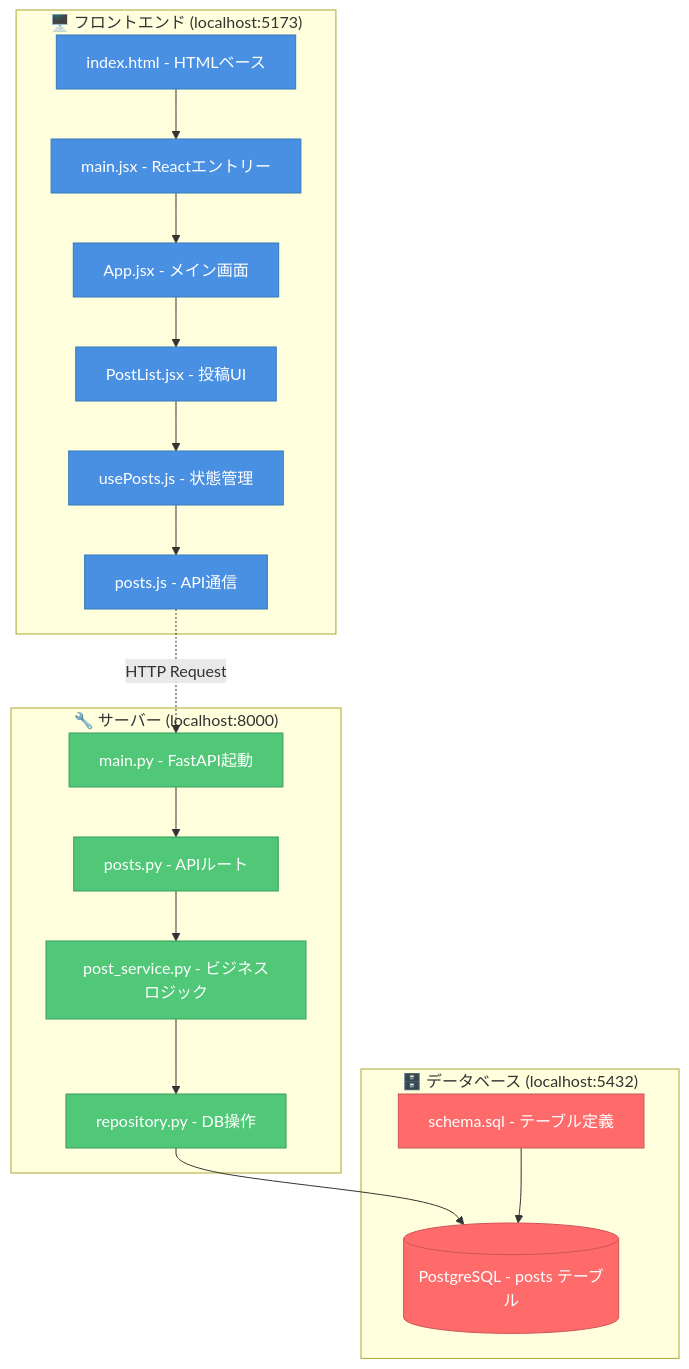
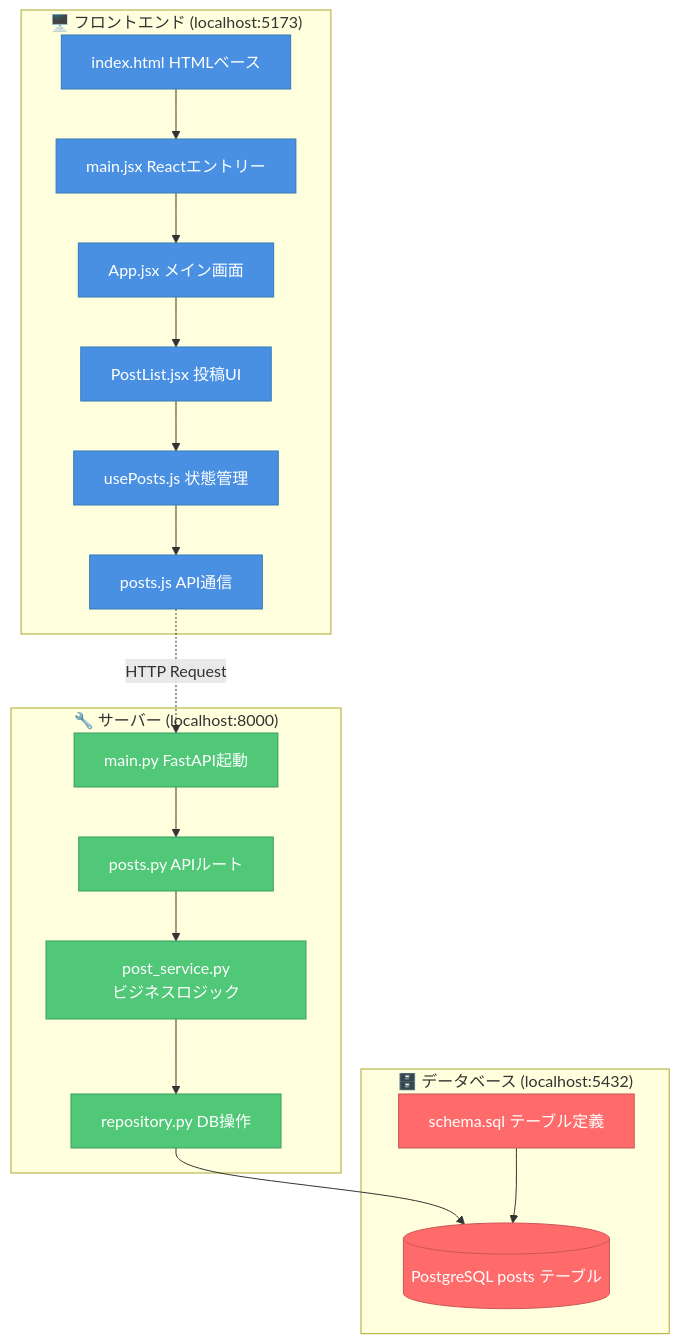
One commit to KITA-DS12/web-app-simple changed the first of 29 diagrams in lecture-materials.md. Above: the diagram before and after it, drawn with Mermaid. The commit also changed other lines of this file, not shown here.

First line of the commit message:
fix: Mermaid図の改行表示を修正

````diff
--- a/lecture-materials.md
+++ b/lecture-materials.md
@@ -81,45 +81,45 @@
 ```mermaid
 graph TB
     subgraph "🖥️ フロントエンド (localhost:5173)"
-        HTML["index.html - HTMLベース"]
-        MAIN["main.jsx - Reactエントリー"]
-        APP["App.jsx - メイン画面"]
-        POST["PostList.jsx - 投稿UI"]
-        HOOK["usePosts.js - 状態管理"]
-        API["posts.js - API通信"]
+        HTML["index.html#10;HTMLベース"]
+        MAIN["main.jsx#10;Reactエントリー"]
+        APP["App.jsx#10;メイン画面"]
+        POST["PostList.jsx#10;投稿UI"]
+        HOOK["usePosts.js#10;状態管理"]
+        API["posts.js#10;API通信"]
     end
 
     subgraph "🔧 サーバー (localhost:8000)"
-        FASTAPI["main.py - FastAPI起動"]
-        ROUTE["posts.py - APIルート"]
-        SERVICE["post_service.py - ビジネスロジック"]
-        REPO["repository.py - DB操作"]
+        FASTAPI["main.py#10;FastAPI起動"]
+        ROUTE["posts.py#10;APIルート"]
+        SERVICE["post_service.py#10;ビジネスロジック"]
+        REPO["repository.py#10;DB操作"]
     end
 
     subgraph "🗄️ データベース (localhost:5432)"
-        DB[("PostgreSQL - posts テーブル")]
-        SCHEMA["schema.sql - テーブル定義"]
+        DB[("PostgreSQL#10;posts テーブル")]
+        SCHEMA["schema.sql#10;テーブル定義"]
     end
 
     HTML --> MAIN
     MAIN --> APP
     APP --> POST
     POST --> HOOK
     HOOK --> API
     
     API -.->|HTTP Request| FASTAPI
     FASTAPI --> ROUTE
     ROUTE --> SERVICE
     SERVICE --> REPO
     REPO --> DB
     
     SCHEMA --> DB
     
     classDef frontend fill:#4A90E2,stroke:#357ABD,color:#FFFFFF
     classDef backend fill:#50C878,stroke:#3B9C5F,color:#FFFFFF
     classDef database fill:#FF6B6B,stroke:#CC5555,color:#FFFFFF
     
     class HTML,MAIN,APP,POST,HOOK,API frontend
     class FASTAPI,ROUTE,SERVICE,REPO backend
     class DB,SCHEMA database
 ```
````
